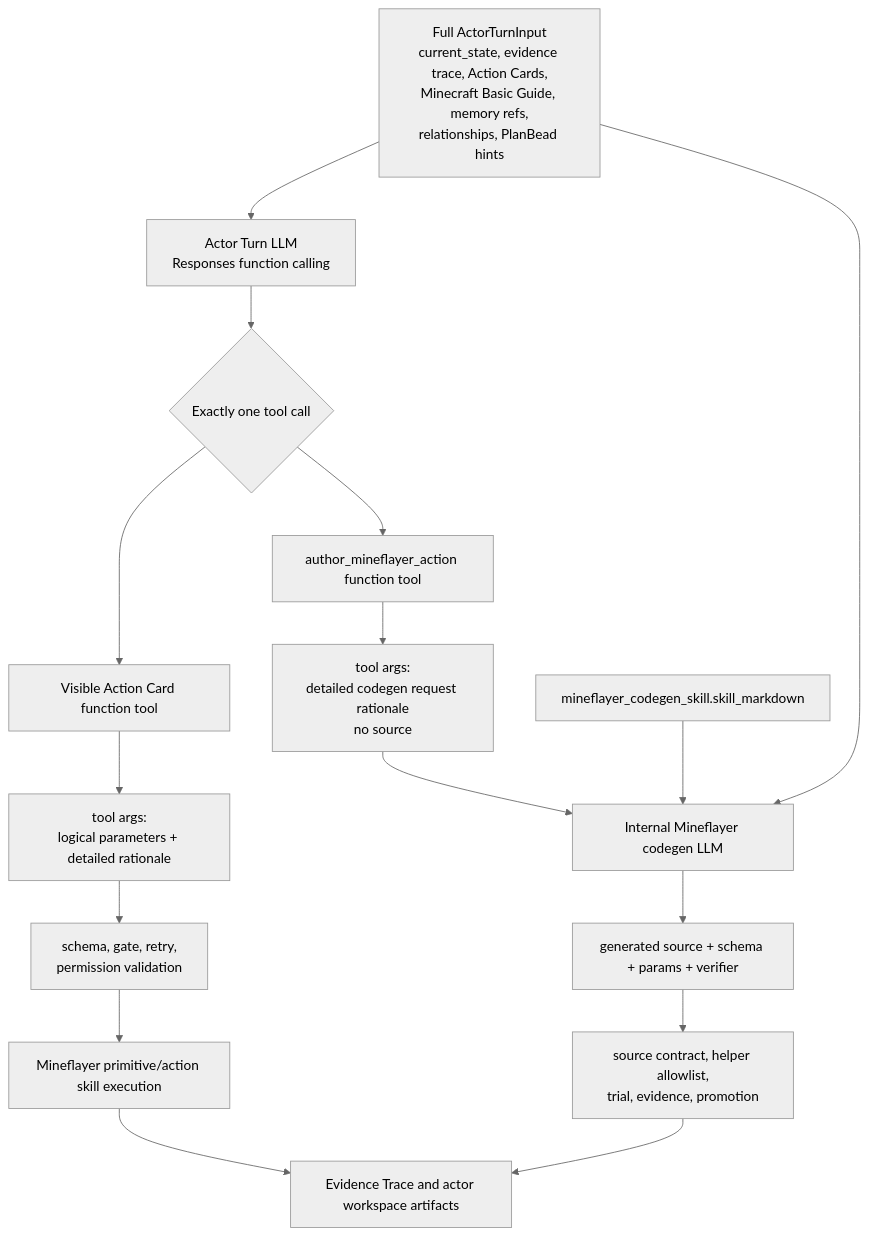
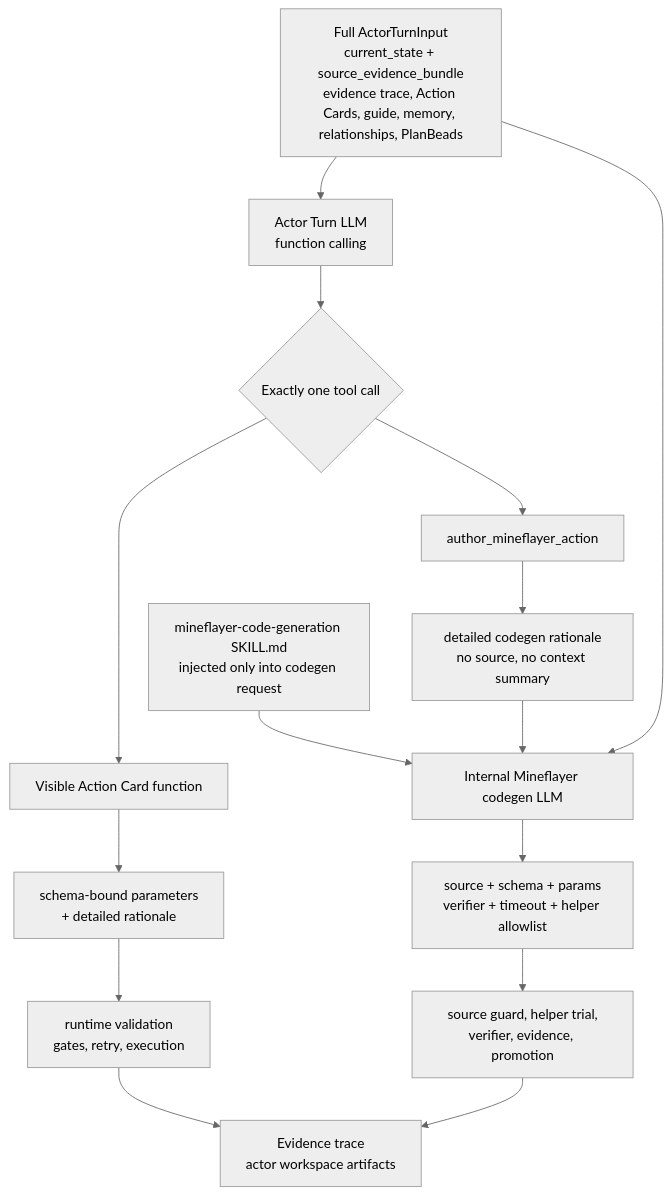
Before and after one commit to gigio1023/minecraft-llm-agent-community: the diagram in project-docs/Architecture/Actor-Turn-Tool-Calling-And-Full-Context-Codegen.md, drawn with Mermaid (neutral theme). The commit also changed other lines of this file and 2033 other files, not shown here.

````diff
--- a/project-docs/Architecture/Actor-Turn-Tool-Calling-And-Full-Context-Codegen.md
+++ b/project-docs/Architecture/Actor-Turn-Tool-Calling-And-Full-Context-Codegen.md
@@ -82,18 +27,17 @@
 ```mermaid
 flowchart TD
-  Input["Full ActorTurnInput<br/>current_state, evidence trace, Action Cards,<br/>Minecraft Basic Guide, memory refs,<br/>relationships, PlanBead hints"] --> Outer["Actor Turn LLM<br/>Responses function calling"]
+  Input["Full ActorTurnInput<br/>current_state + source_evidence_bundle<br/>evidence trace, Action Cards, guide, memory, relationships, PlanBeads"] --> Outer["Actor Turn LLM<br/>function calling"]
   Outer --> Choice{"Exactly one tool call"}
-  Choice --> Existing["Visible Action Card function tool"]
-  Choice --> Author["author_mineflayer_action function tool"]
-  Existing --> ExistingArgs["tool args:<br/>logical parameters + detailed rationale"]
-  ExistingArgs --> Validate["schema, gate, retry,<br/>permission validation"]
-  Validate --> Execute["Mineflayer primitive/action skill execution"]
-  Author --> AuthorArgs["tool args:<br/>detailed codegen request rationale<br/>no source"]
+  Choice --> Card["Visible Action Card function"]
+  Choice --> Author["author_mineflayer_action"]
+  Card --> Params["schema-bound parameters<br/>+ detailed rationale"]
+  Params --> Runtime["runtime validation<br/>gates, retry, execution"]
+  Author --> Request["detailed codegen rationale<br/>no source, no context summary"]
   Input --> Codegen["Internal Mineflayer codegen LLM"]
-  AuthorArgs --> Codegen
-  Skill["mineflayer_codegen_skill.skill_markdown"] --> Codegen
-  Codegen --> Candidate["generated source + schema + params + verifier"]
-  Candidate --> Trial["source contract, helper allowlist,<br/>trial, evidence, promotion"]
-  Execute --> Evidence["Evidence Trace and actor workspace artifacts"]
+  Request --> Codegen
+  Skill["mineflayer-code-generation SKILL.md<br/>injected only into codegen request"] --> Codegen
+  Codegen --> Candidate["source + schema + params<br/>verifier + timeout + helper allowlist"]
+  Candidate --> Trial["source guard, helper trial,<br/>verifier, evidence, promotion"]
+  Runtime --> Evidence["Evidence trace<br/>actor workspace artifacts"]
   Trial --> Evidence
 ```
````
